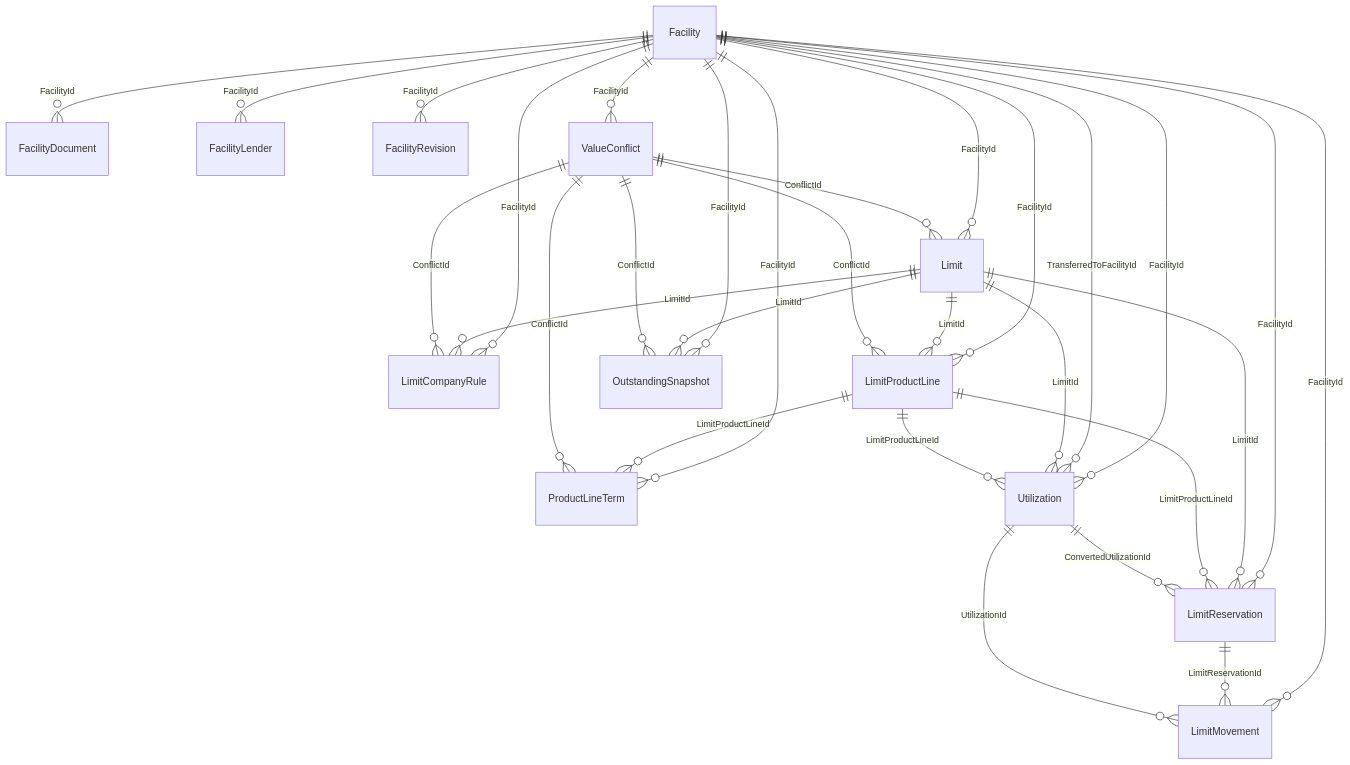
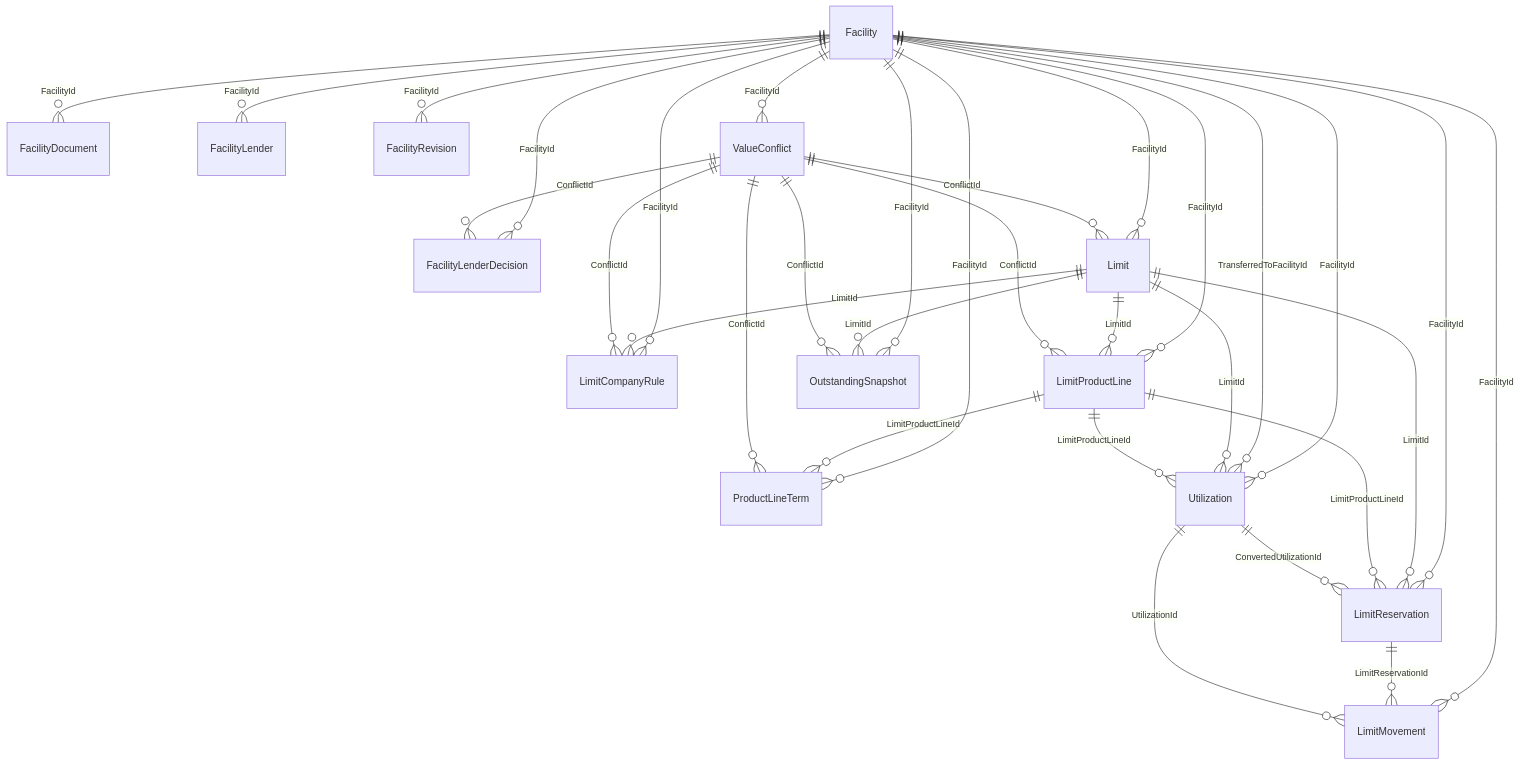
One commit to thawrasy/smartlines changed diagram 12 of 19 in treasury-platform/docs/22-erd-by-schema.md. Above: the diagram before and after it, drawn with Mermaid. The commit also changed other lines of this file and 136 other files, not shown here.

First line of the commit message:
Record the lender's actual decision on each facility (owner's decision 33)

````diff
--- a/treasury-platform/docs/22-erd-by-schema.md
+++ b/treasury-platform/docs/22-erd-by-schema.md
@@ -308,32 +308,34 @@
 ```mermaid
 erDiagram
   Facility ||--o{ FacilityDocument : "FacilityId"
   Facility ||--o{ FacilityLender : "FacilityId"
+  Facility ||--o{ FacilityLenderDecision : "FacilityId"
   Facility ||--o{ FacilityRevision : "FacilityId"
   Facility ||--o{ Limit : "FacilityId"
   Facility ||--o{ LimitCompanyRule : "FacilityId"
   Facility ||--o{ LimitMovement : "FacilityId"
   Facility ||--o{ LimitProductLine : "FacilityId"
   Facility ||--o{ LimitReservation : "FacilityId"
   Facility ||--o{ OutstandingSnapshot : "FacilityId"
   Facility ||--o{ ProductLineTerm : "FacilityId"
   Facility ||--o{ Utilization : "FacilityId"
   Facility ||--o{ Utilization : "TransferredToFacilityId"
   Facility ||--o{ ValueConflict : "FacilityId"
   Limit ||--o{ LimitCompanyRule : "LimitId"
   Limit ||--o{ LimitProductLine : "LimitId"
   Limit ||--o{ LimitReservation : "LimitId"
   Limit ||--o{ OutstandingSnapshot : "LimitId"
   Limit ||--o{ Utilization : "LimitId"
   LimitProductLine ||--o{ LimitReservation : "LimitProductLineId"
   LimitProductLine ||--o{ ProductLineTerm : "LimitProductLineId"
   LimitProductLine ||--o{ Utilization : "LimitProductLineId"
   LimitReservation ||--o{ LimitMovement : "LimitReservationId"
   Utilization ||--o{ LimitMovement : "UtilizationId"
   Utilization ||--o{ LimitReservation : "ConvertedUtilizationId"
+  ValueConflict ||--o{ FacilityLenderDecision : "ConflictId"
   ValueConflict ||--o{ Limit : "ConflictId"
   ValueConflict ||--o{ LimitCompanyRule : "ConflictId"
   ValueConflict ||--o{ LimitProductLine : "ConflictId"
   ValueConflict ||--o{ OutstandingSnapshot : "ConflictId"
   ValueConflict ||--o{ ProductLineTerm : "ConflictId"
 ```
````
